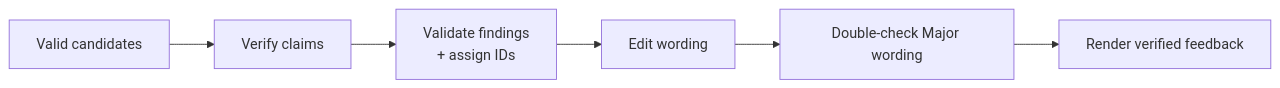
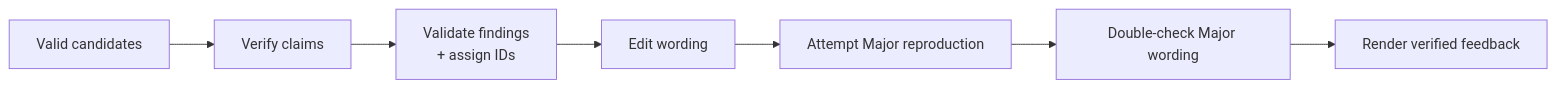
One commit to willcl-ark/nix changed the fifth of 5 diagrams in pkgs/ralph/README.md. Above: the diagram before and after it, drawn with Mermaid. The commit also changed other lines of this file and 11 other files, not shown here.

First line of the commit message:
Investigate Major findings with a write-verifier

````diff
--- a/pkgs/ralph/README.md
+++ b/pkgs/ralph/README.md
@@ -439,8 +483,9 @@
 ```mermaid
 flowchart LR
     pool["Valid candidates"] --> verify["Verify claims"]
     verify --> accept["Validate findings<br/>+ assign IDs"]
     accept --> edit["Edit wording"]
-    edit --> major["Double-check Major wording"]
+    edit --> write["Attempt Major reproduction"]
+    write --> major["Double-check Major wording"]
     major --> render["Render verified feedback"]
 ```
````
